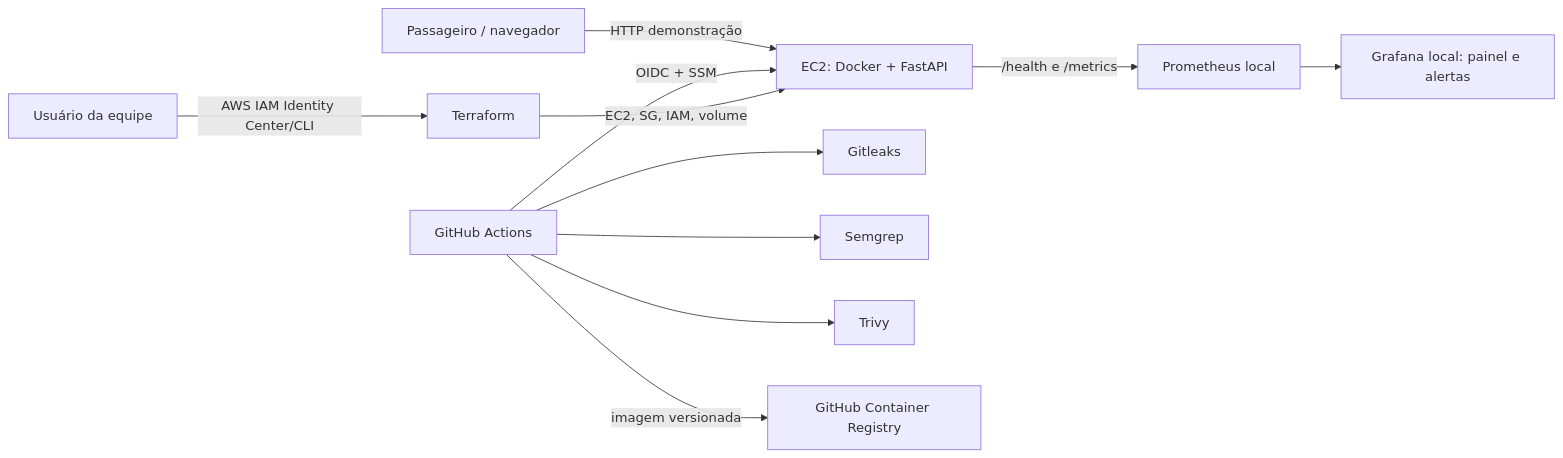
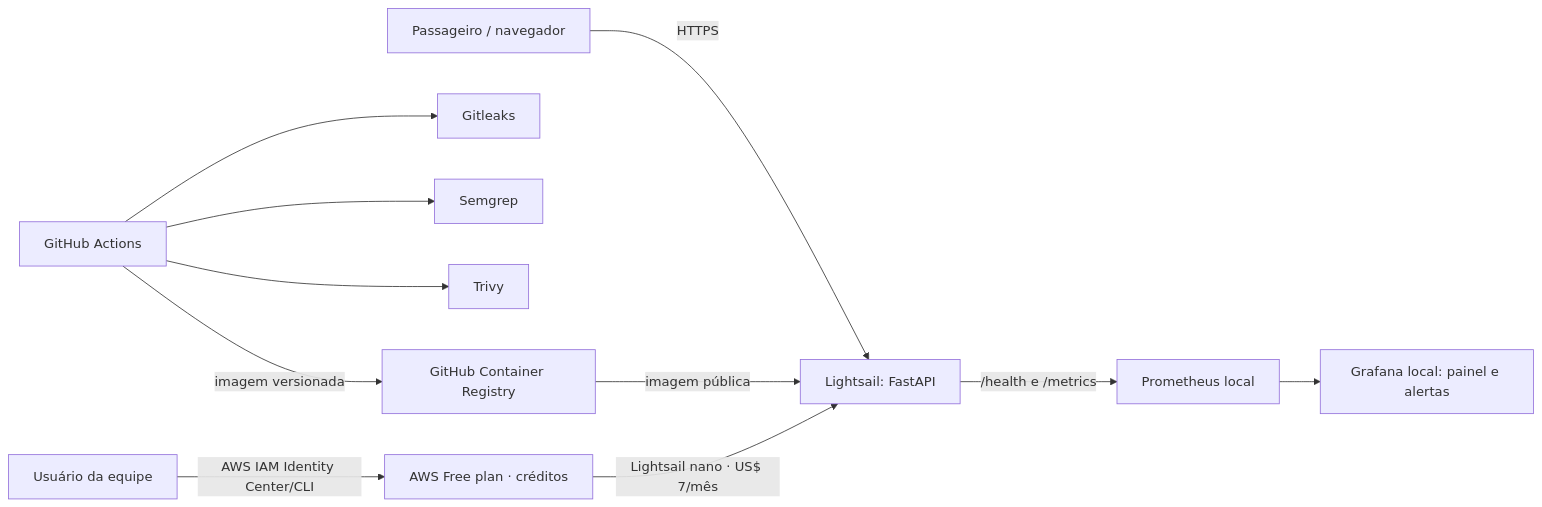
The diagram in docs/relatorio-devops.md (FeTerra/GS-Secure-DevOps-Tools-Cloud-Computing), drawn with Mermaid before and after one commit. The commit also changed other lines of this file and 4 other files, not shown here.

````diff
--- a/docs/relatorio-devops.md
+++ b/docs/relatorio-devops.md
@@ -16,13 +16,13 @@
 ```mermaid
 flowchart LR
-  C[Passageiro / navegador] -->|HTTP demonstração| EC2[EC2: Docker + FastAPI]
-  EC2 -->|/health e /metrics| P[Prometheus local]
+  C[Passageiro / navegador] -->|HTTPS| LS[Lightsail: FastAPI]
+  LS -->|/health e /metrics| P[Prometheus local]
   P --> G[Grafana local: painel e alertas]
   GH[GitHub Actions] --> GL[Gitleaks]
   GH --> SM[Semgrep]
   GH --> TV[Trivy]
-  GH -->|OIDC + SSM| EC2
-  GH -->|imagem versionada| REG[GitHub Container Registry]
-  TF[Terraform] -->|EC2, SG, IAM, volume| EC2
-  U[Usuário da equipe] -->|AWS IAM Identity Center/CLI| TF
+    GH -->|imagem versionada| REG[GitHub Container Registry]
+  REG -->|imagem pública| LS
+  AWS[AWS Free plan · créditos] -->|Lightsail nano · US$ 7/mês| LS
+  U[Usuário da equipe] -->|AWS IAM Identity Center/CLI| AWS
 ```
````
